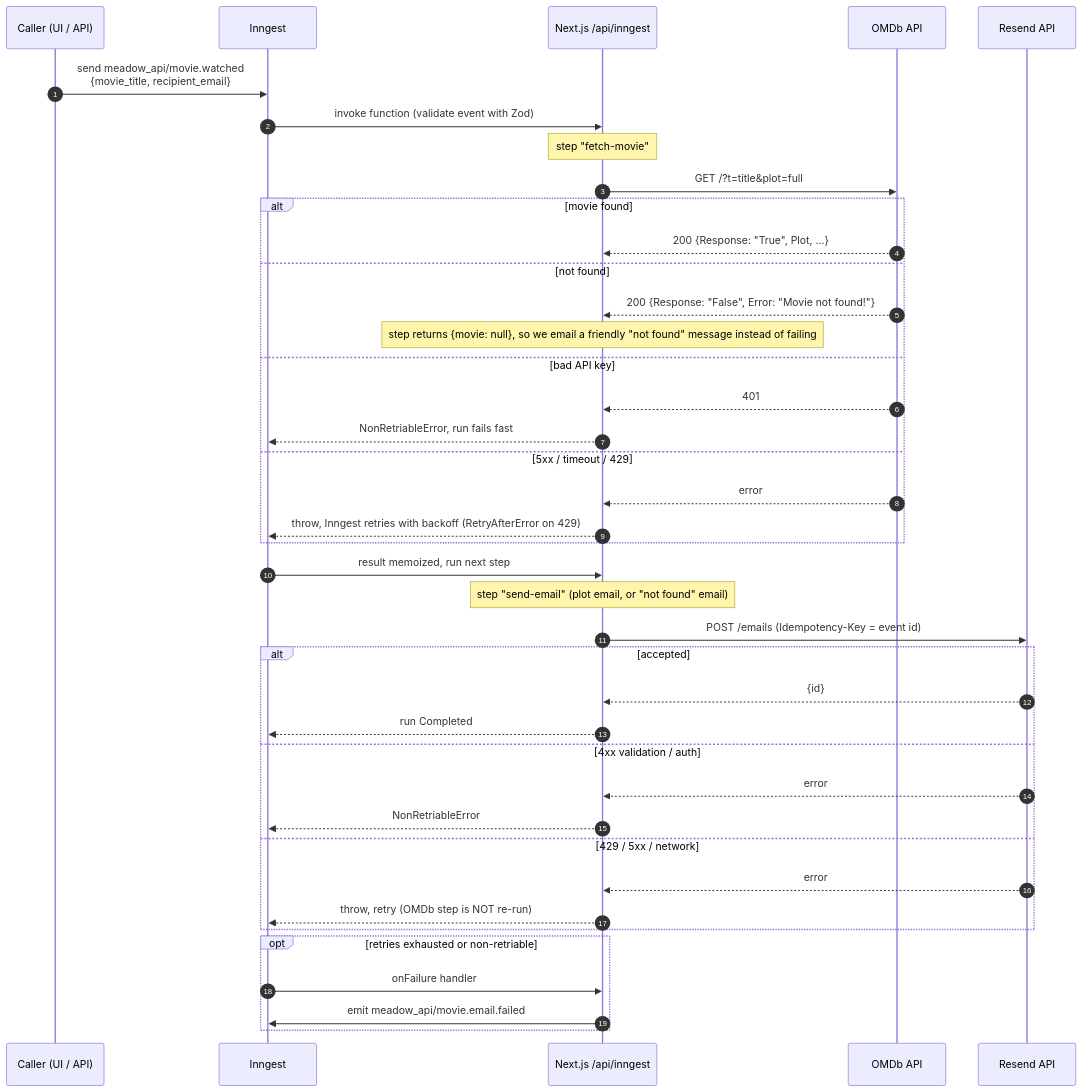
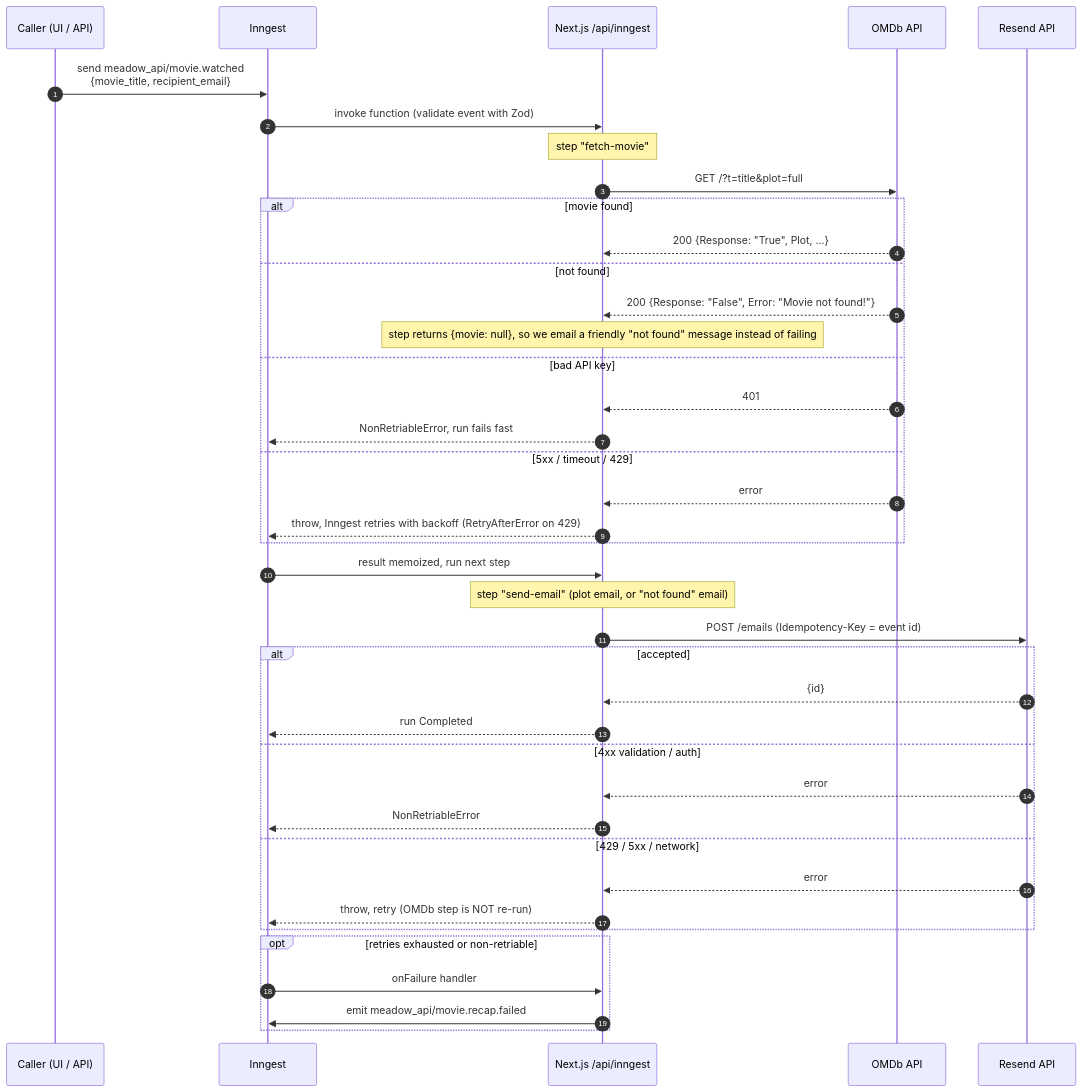
Before and after one commit to MathiTz/meadow-event: the diagram in README.md, drawn with Mermaid. The commit also changed other lines of this file and 3 other files, not shown here.

First line of the commit message:
Rename failure event to meadow_api/movie.recap.failed

````diff
--- a/README.md
+++ b/README.md
@@ -11,43 +11,43 @@
 ```mermaid
 sequenceDiagram
     autonumber
     participant C as Caller (UI / API)
     participant I as Inngest
     participant F as Next.js /api/inngest
     participant O as OMDb API
     participant R as Resend API
 
     C->>I: send meadow_api/movie.watched<br/>{movie_title, recipient_email}
     I->>F: invoke function (validate event with Zod)
     Note over F: step "fetch-movie"
     F->>O: GET /?t=title&plot=full
     alt movie found
         O-->>F: 200 {Response: "True", Plot, ...}
     else not found
         O-->>F: 200 {Response: "False", Error: "Movie not found!"}
         Note over F: step returns {movie: null}, so we email a friendly "not found" message instead of failing
     else bad API key
         O-->>F: 401
         F-->>I: NonRetriableError, run fails fast
     else 5xx / timeout / 429
         O-->>F: error
         F-->>I: throw, Inngest retries with backoff (RetryAfterError on 429)
     end
     I->>F: result memoized, run next step
     Note over F: step "send-email" (plot email, or "not found" email)
     F->>R: POST /emails (Idempotency-Key = event id)
     alt accepted
         R-->>F: {id}
         F-->>I: run Completed
     else 4xx validation / auth
         R-->>F: error
         F-->>I: NonRetriableError
     else 429 / 5xx / network
         R-->>F: error
         F-->>I: throw, retry (OMDb step is NOT re-run)
     end
     opt retries exhausted or non-retriable
         I->>F: onFailure handler
-        F->>I: emit meadow_api/movie.email.failed
+        F->>I: emit meadow_api/movie.recap.failed
     end
 ```
````
